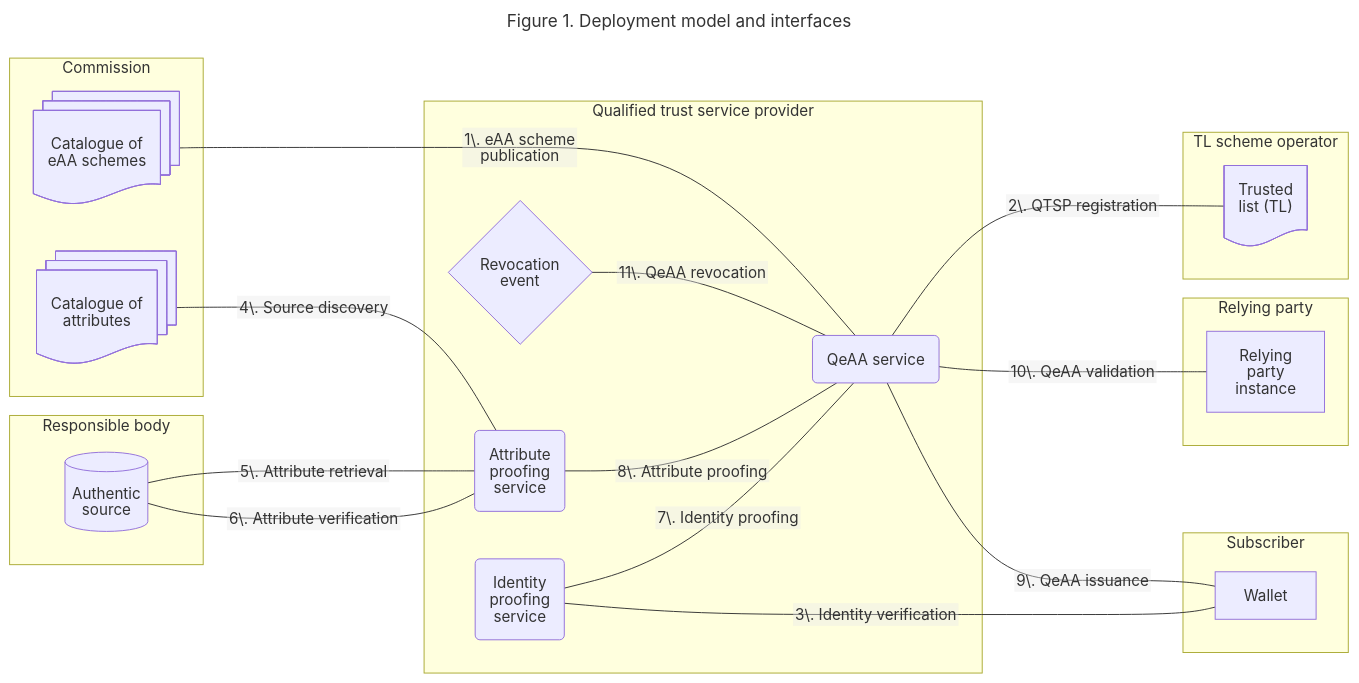
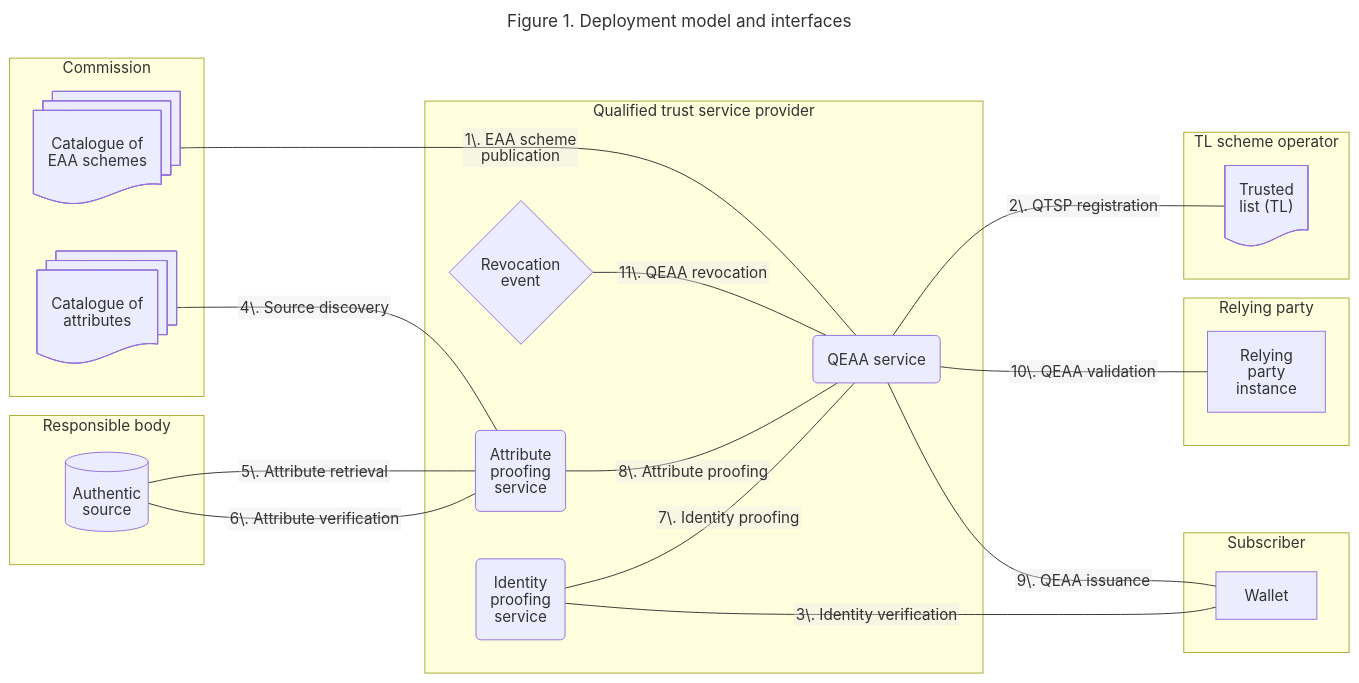
Before and after one commit to webuild-consortium/wp4-qtsp-group: the first of 4 diagrams in docs/qeaa/architecture.md, drawn with Mermaid. The commit also changed other lines of this file and 1 other file, not shown here.

First line of the commit message:
Rename (Q)eAA to (Q)EAA

````diff
--- a/docs/qeaa/architecture.md
+++ b/docs/qeaa/architecture.md
@@ -50,55 +50,55 @@
 ```mermaid
 ---
 title: Figure 1. Deployment model and interfaces
 config:
   htmlLabels: false
   markdownAutoWrap: true
   flowchart:
     #defaultRenderer: "elk"
 ---
 flowchart LR
 subgraph Responsible body
     AS[Authentic
     source]@{shape: cyl}
 end
 subgraph EC[Commission]
     CatAtt[Catalogue of
     attributes]@{shape: docs}
     CatSch[Catalogue of
-    eAA schemes]@{shape: docs}
+    EAA schemes]@{shape: docs}
 end
 subgraph QTSP[Qualified trust service provider]
     APS[Attribute
     proofing
     service]@{shape: rounded}
     IPS[Identity
     proofing
     service]@{shape: rounded}
-    EAAS["QeAA service"]@{shape: rounded}
+    EAAS["QEAA service"]@{shape: rounded}
     Rev[Revocation
     event]@{shape: diamond}
 end
 subgraph Sub[Subscriber]
     Wallet
 end
 subgraph Relying party
     RP["Relying
     party
     instance"]
 end
 subgraph "TL scheme operator"
     TL["Trusted
     list (TL)"]@{shape: doc}
 end
-CatSch ---|1\. eAA scheme publication| EAAS
+CatSch ---|1\. EAA scheme publication| EAAS
 EAAS   ---|2\. QTSP registration     | TL
-EAAS   ---|9\. QeAA issuance         | Wallet
+EAAS   ---|9\. QEAA issuance         | Wallet
 IPS    ---|3\. Identity verification | Wallet
 CatAtt ---|4\. Source discovery      | APS
 AS     ---|5\. Attribute retrieval   | APS
 AS     ---|6\. Attribute verification| APS
-Rev    ---|11\. QeAA revocation      | EAAS
+Rev    ---|11\. QEAA revocation      | EAAS
 APS    ---|8\. Attribute proofing   | EAAS
 IPS    ---|7\. Identity proofing     | EAAS
-EAAS   ---|10\. QeAA validation       | RP
+EAAS   ---|10\. QEAA validation       | RP
 ```
````
